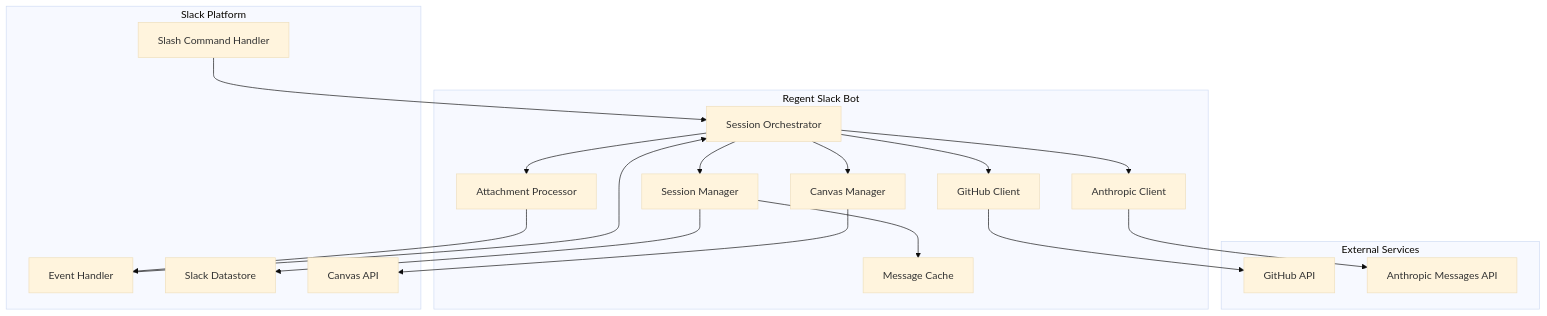
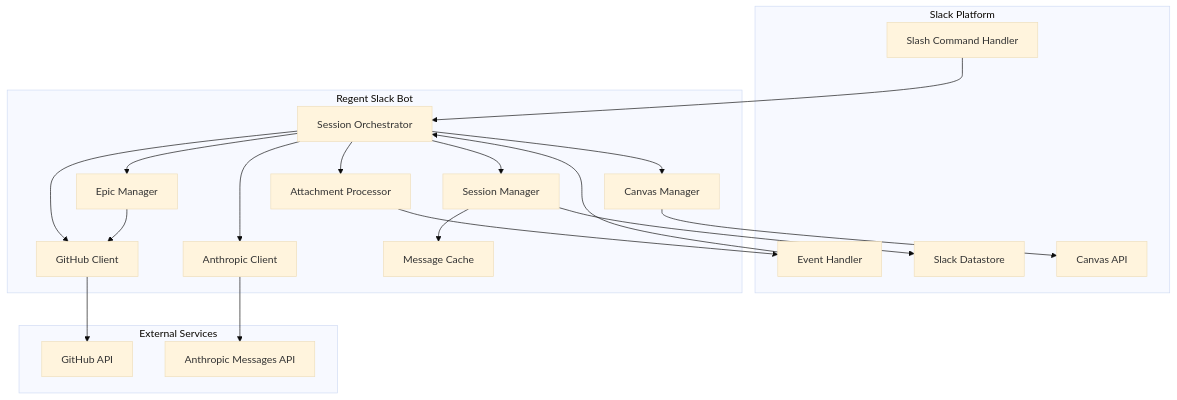
Before and after one commit to stickystyle/regent: the first of 4 diagrams in .regent/regent-slack-bot/design.md, drawn with Mermaid (base theme). The commit also changed other lines of this file and 9 other files, not shown here.

First line of the commit message:
feat(regent-slack-bot): update specs for Epic-based storage architecture

````diff
--- a/.regent/regent-slack-bot/design.md
+++ b/.regent/regent-slack-bot/design.md
@@ -15,38 +16,41 @@
 ```mermaid
 graph TB
     subgraph "Slack Platform"
         SlashCmd[Slash Command Handler]
         EventHandler[Event Handler]
         Datastore[Slack Datastore]
         Canvas[Canvas API]
     end
 
     subgraph "Regent Slack Bot"
         Orchestrator[Session Orchestrator]
         SessionMgr[Session Manager]
         GitHubClient[GitHub Client]
+        EpicMgr[Epic Manager]
         AnthropicClient[Anthropic Client]
         CanvasMgr[Canvas Manager]
         AttachmentProcessor[Attachment Processor]
         MessageCache[Message Cache]
     end
 
     subgraph "External Services"
         GitHub[GitHub API]
         Anthropic[Anthropic Messages API]
     end
 
     SlashCmd --> Orchestrator
     EventHandler --> Orchestrator
     Orchestrator --> SessionMgr
     Orchestrator --> AnthropicClient
     Orchestrator --> GitHubClient
+    Orchestrator --> EpicMgr
     Orchestrator --> CanvasMgr
     Orchestrator --> AttachmentProcessor
     SessionMgr --> Datastore
     SessionMgr --> MessageCache
     GitHubClient --> GitHub
+    EpicMgr --> GitHubClient
     AnthropicClient --> Anthropic
     CanvasMgr --> Canvas
     AttachmentProcessor --> EventHandler
 ```
````
